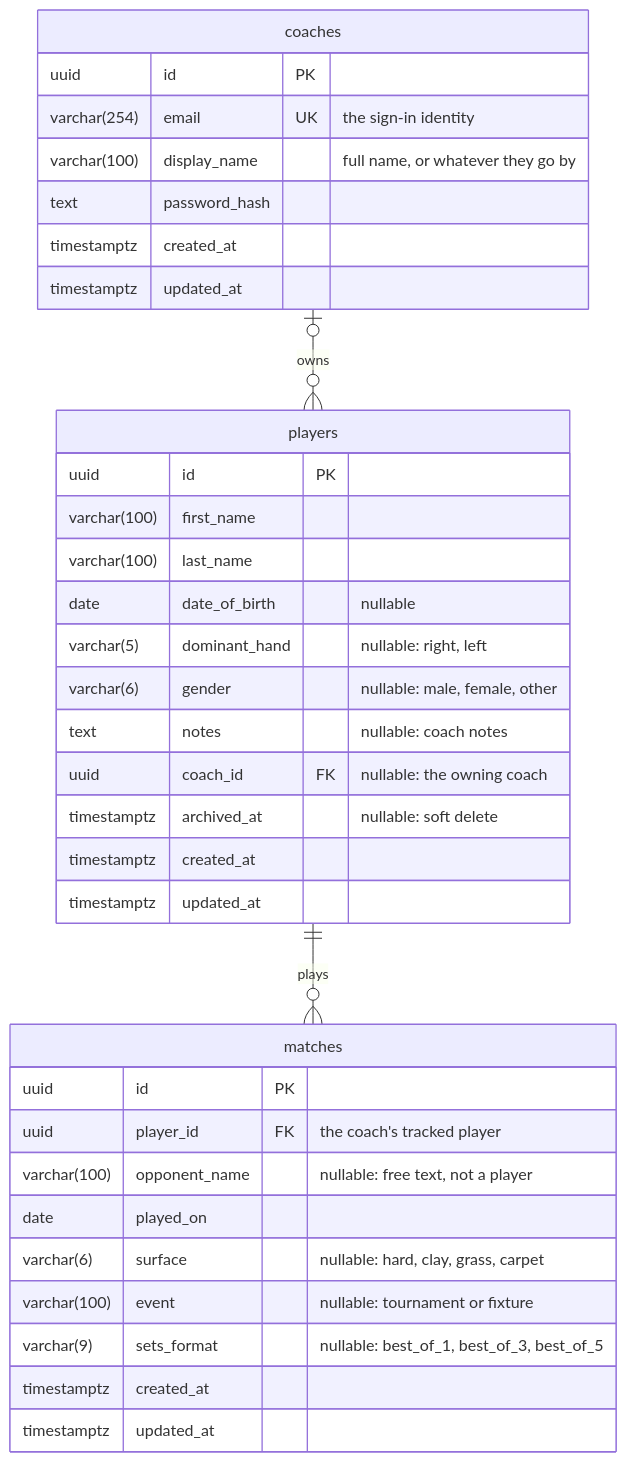
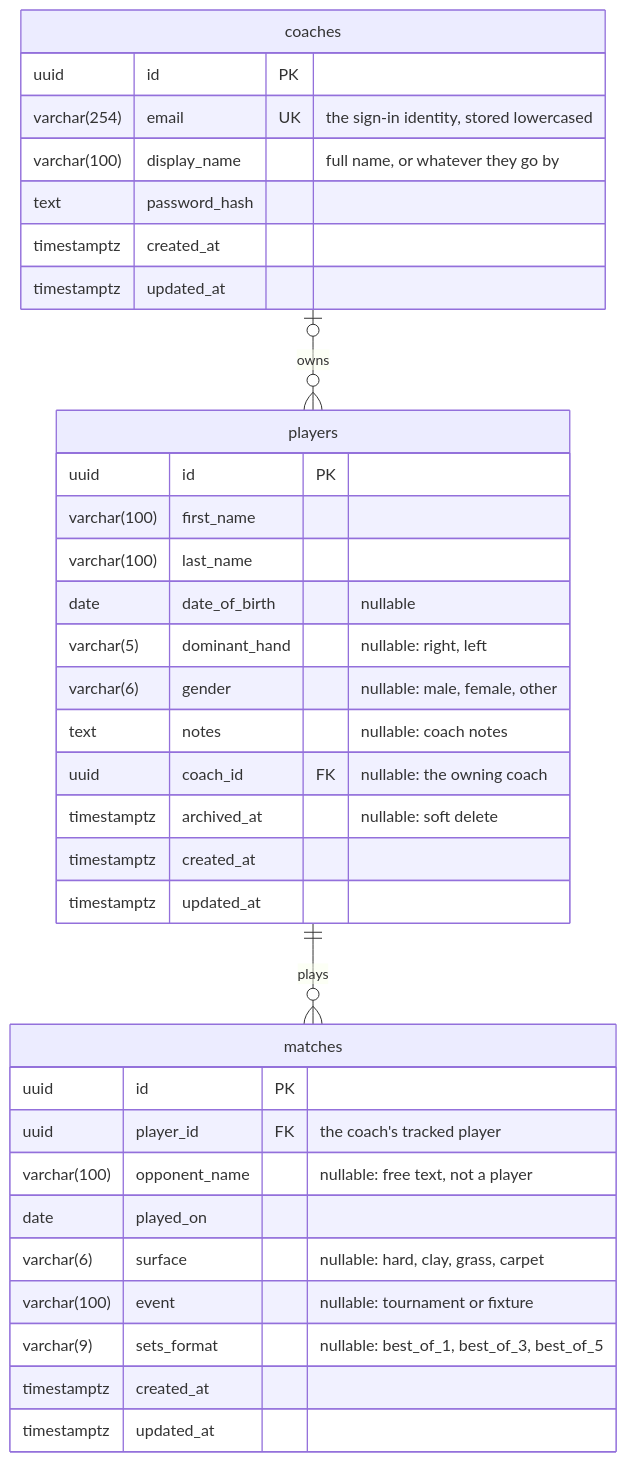
The diagram in docs/data-model.md (tkabalin/matchpoint), drawn with Mermaid before and after one commit. The commit also changed 3 other files, not shown here.

````diff
--- a/docs/data-model.md
+++ b/docs/data-model.md
@@ -12,40 +12,40 @@
 ```mermaid
 erDiagram
     coaches |o--o{ players : owns
     players ||--o{ matches : plays
 
     coaches {
         uuid id PK
-        varchar(254) email UK "the sign-in identity"
+        varchar(254) email UK "the sign-in identity, stored lowercased"
         varchar(100) display_name "full name, or whatever they go by"
         text password_hash
         timestamptz created_at
         timestamptz updated_at
     }
 
     players {
         uuid id PK
         varchar(100) first_name
         varchar(100) last_name
         date date_of_birth "nullable"
         varchar(5) dominant_hand "nullable: right, left"
         varchar(6) gender "nullable: male, female, other"
         text notes "nullable: coach notes"
         uuid coach_id FK "nullable: the owning coach"
         timestamptz archived_at "nullable: soft delete"
         timestamptz created_at
         timestamptz updated_at
     }
 
     matches {
         uuid id PK
         uuid player_id FK "the coach's tracked player"
         varchar(100) opponent_name "nullable: free text, not a player"
         date played_on
         varchar(6) surface "nullable: hard, clay, grass, carpet"
         varchar(100) event "nullable: tournament or fixture"
         varchar(9) sets_format "nullable: best_of_1, best_of_3, best_of_5"
         timestamptz created_at
         timestamptz updated_at
     }
 ```
````
